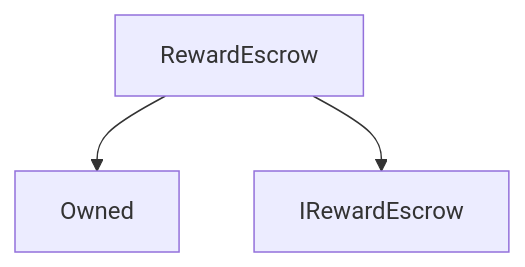
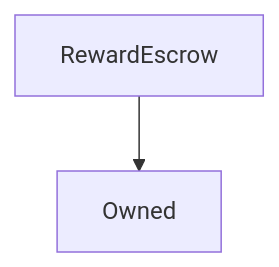
The diagram in content/contracts/RewardEscrow.md (Synthetixio/synthetix-docs), drawn with Mermaid before and after one commit. The commit also changed 46 other files, not shown here.

````diff
--- a/content/contracts/RewardEscrow.md
+++ b/content/contracts/RewardEscrow.md
@@ -9,5 +9,4 @@
 ```mermaid
 graph TD
     RewardEscrow[RewardEscrow] --> Owned[Owned]
-    RewardEscrow[RewardEscrow] --> IRewardEscrow[IRewardEscrow]
 ```
````
